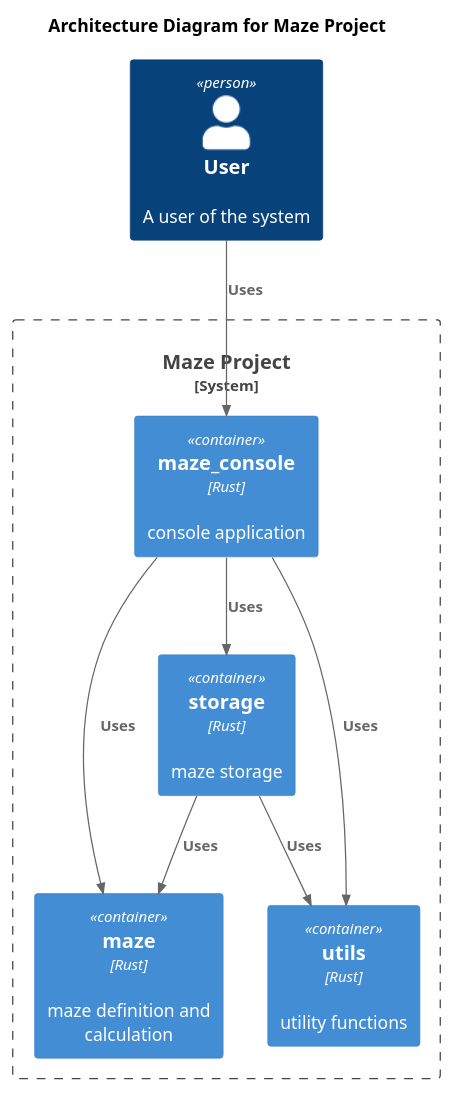
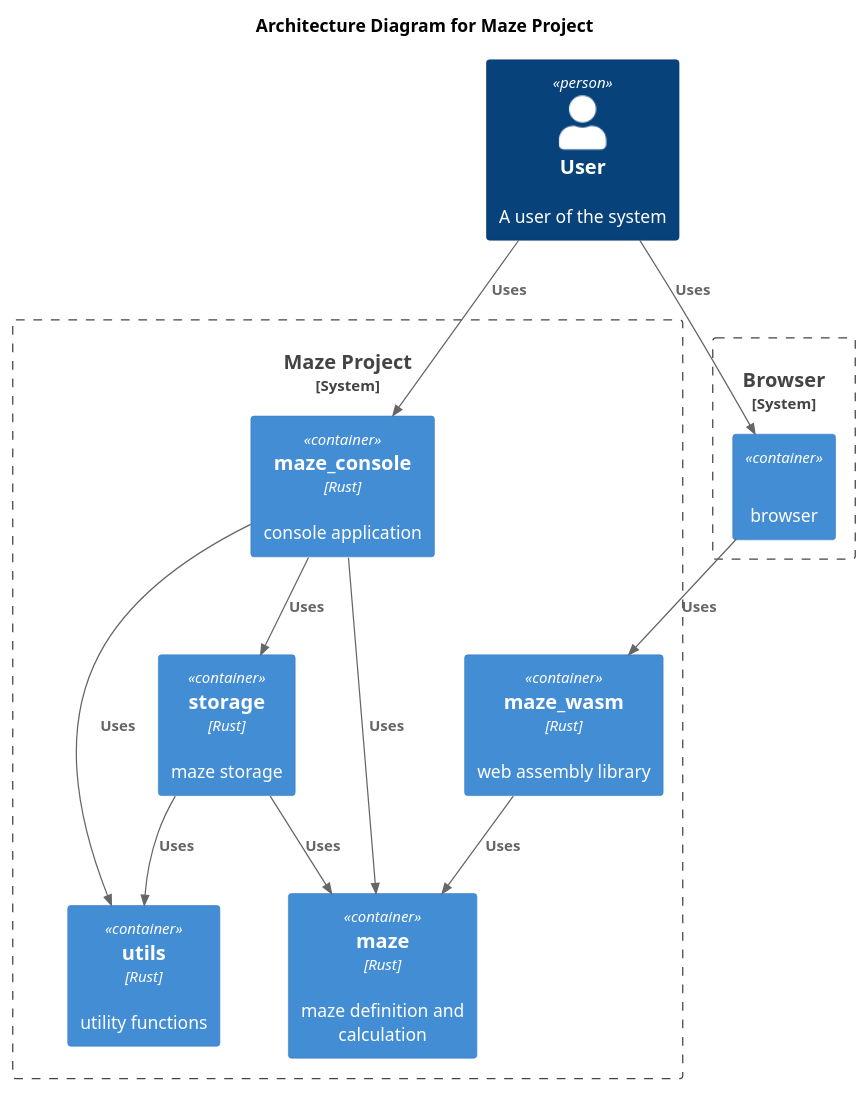
The diagram in docs/diagrams/architecture.puml (budgiedownunder/maze), drawn with PlantUML before and after one commit.

Commit message:
Update architecture diagram to include maze_wasm and browser

```diff
--- a/docs/diagrams/architecture.puml
+++ b/docs/diagrams/architecture.puml
@@ -1,21 +1,31 @@
 @startuml
 
 !include https://raw.githubusercontent.com/plantuml-stdlib/C4-PlantUML/master/C4_Container.puml
 
 title Architecture Diagram for Maze Project
 
 Person(user, "User", "A user of the system")
-System_Boundary(c1, "Maze Project") {
+
+System_Boundary(c1, "Browser") {
+    Container(browser, "", "", "browser")
+}
+
+System_Boundary(c2, "Maze Project") {
+    Container(maze_wasm, "maze_wasm", "Rust", "web assembly library")
     Container(maze_console, "maze_console", "Rust", "console application")
     Container(storage, "storage", "Rust", "maze storage")
     Container(maze, "maze", "Rust", "maze definition and calculation")
     Container(utils, "utils", "Rust", "utility functions")
 }
 
 Rel(user, maze_console, "Uses")
 Rel(maze_console, maze, "Uses")
 Rel(maze_console, storage, "Uses")
 Rel(maze_console, utils, "Uses")
+Rel(user, browser, "Uses")
+Rel(browser, maze_wasm, "Uses")
+Rel(maze_wasm, maze, "Uses")
 Rel(storage, maze, "Uses")
 Rel(storage, utils, "Uses")
+
 @enduml
```
